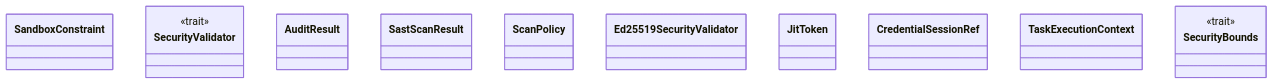
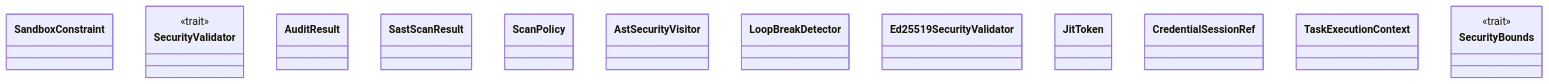
Before and after one commit to lgcorzo/rust_CACD_autonomous_factory: the first of 2 diagrams in wiki/crates_factory-core_src_security.md, drawn with Mermaid. The commit also changed other lines of this file and 3 other files, not shown here.

````diff
--- a/wiki/crates_factory-core_src_security.md
+++ b/wiki/crates_factory-core_src_security.md
@@ -16,17 +16,19 @@
 ```mermaid
 classDiagram
     class SandboxConstraint
     class SecurityValidator {
         <<trait>>
     }
     class AuditResult
     class SastScanResult
     class ScanPolicy
+    class AstSecurityVisitor
+    class LoopBreakDetector
     class Ed25519SecurityValidator
     class JitToken
     class CredentialSessionRef
     class TaskExecutionContext
     class SecurityBounds {
         <<trait>>
     }
 ```
````
